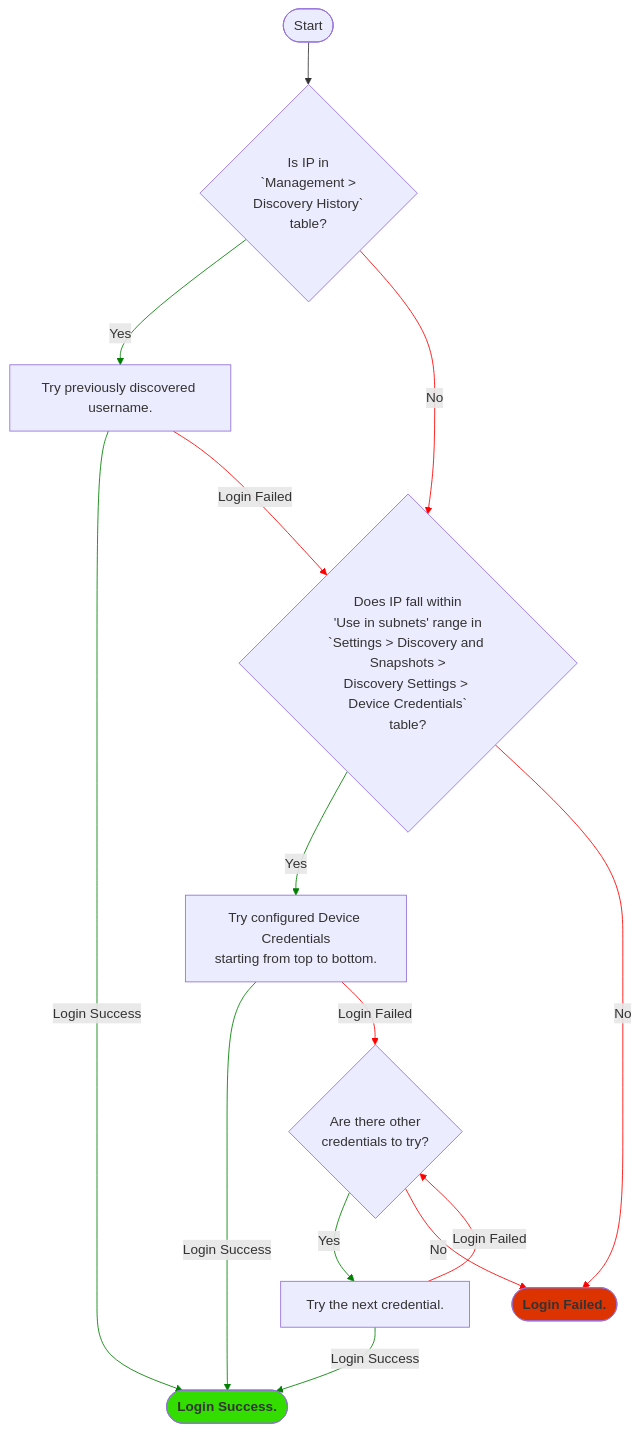
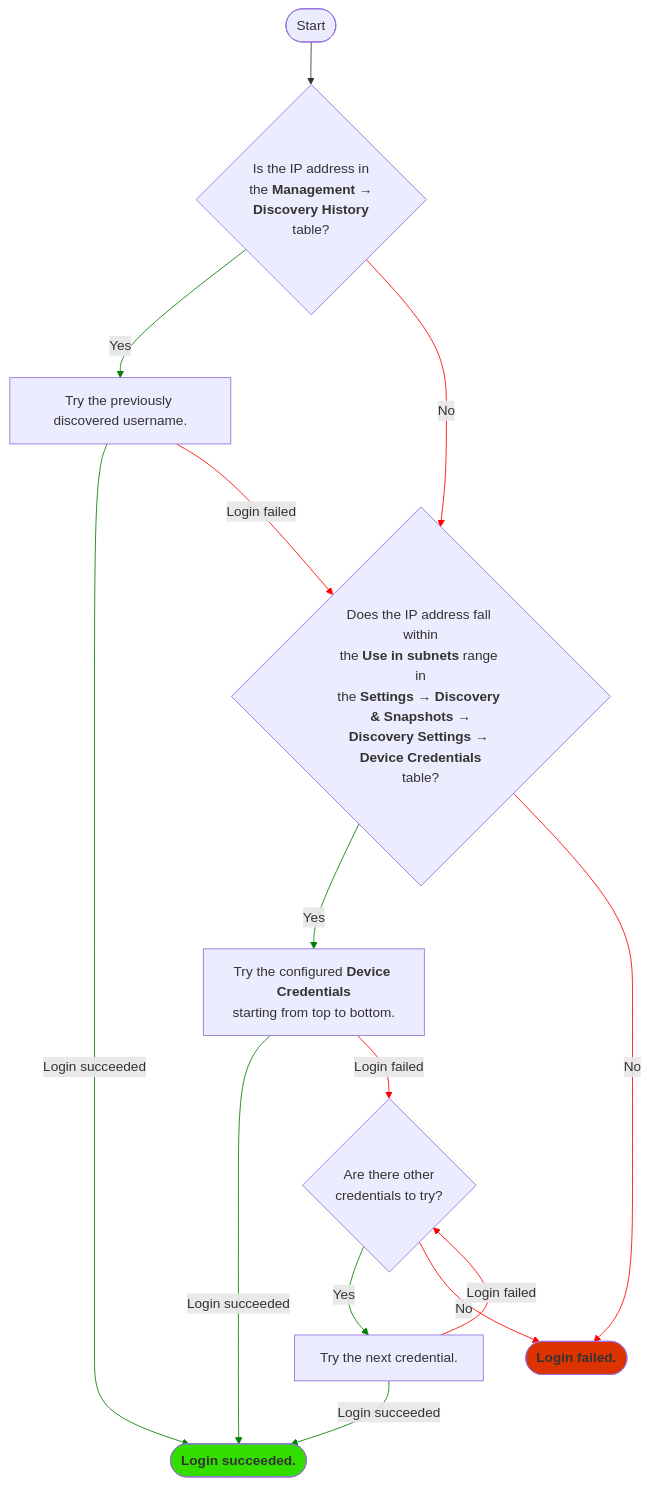
The diagram in docs/IP_Fabric_Settings/Discovery_and_Snapshots/Discovery_Settings/device_credentials.md (ipfabric/docs), drawn with Mermaid before and after one commit. The commit also changed other lines of this file and 6 other files, not shown here.

Commit message:
ST-285 Settings - Improve 'Configuration Management' and 6 pages of 'Discovery and Snapshots' with suggestions from chatbot

````diff
--- a/docs/IP_Fabric_Settings/Discovery_and_Snapshots/Discovery_Settings/device_credentials.md
+++ b/docs/IP_Fabric_Settings/Discovery_and_Snapshots/Discovery_Settings/device_credentials.md
@@ -18,21 +18,21 @@
 ```mermaid
 flowchart TD
-    A([Start]) --> discoveryHistory{Is IP in<br/>`Management ><br/>Discovery History`<br/>table?}
-    discoveryHistory --> |Yes|previousUsername[Try previously discovered username.]
-    discoveryHistory --> |No|configuredAuth{Does IP fall within<br/>'Use in subnets' range in<br/>`Settings > Discovery and Snapshots ><br/>Discovery Settings > Device Credentials`<br/>table?}
-    configuredAuth --> |Yes|tryAuth[Try configured Device Credentials<br/>starting from top to bottom.]
-    configuredAuth --> |No|loginFailed([<b>Login Failed.</b>])
-    tryAuth --> |Login Success|loginSuccess([<b>Login Success.</b>])
-    tryAuth --> |Login Failed|otherCreds{Are there other<br/>credentials to try?}
-    previousUsername --> |Login Success|loginSuccess
-    previousUsername --> |Login Failed|configuredAuth
+    A([Start]) --> discoveryHistory{Is the IP address in<br/>the <strong>Management →<br/>Discovery History</strong><br/>table?}
+    discoveryHistory --> |Yes|previousUsername[Try the previously discovered username.]
+    discoveryHistory --> |No|configuredAuth{Does the IP address fall within<br/>the <strong>Use in subnets</strong> range in<br/>the <strong>Settings → Discovery & Snapshots →<br/>Discovery Settings → Device Credentials</strong><br/>table?}
+    configuredAuth --> |Yes|tryAuth[Try the configured <strong>Device Credentials</strong><br/>starting from top to bottom.]
+    configuredAuth --> |No|loginFailed([<strong>Login failed.</strong>])
+    tryAuth --> |Login succeeded|loginSucceeded([<strong>Login succeeded.</strong>])
+    tryAuth --> |Login failed|otherCreds{Are there other<br/>credentials to try?}
+    previousUsername --> |Login succeeded|loginSucceeded
+    previousUsername --> |Login failed|configuredAuth
     otherCreds --> |Yes|tryNext[Try the next credential.]
     otherCreds --> |No|loginFailed
-    tryNext --> |Login Success|loginSuccess
-    tryNext --> |Login Failed|otherCreds
+    tryNext --> |Login succeeded|loginSucceeded
+    tryNext --> |Login failed|otherCreds
 
     style loginFailed fill:#dd3300
-    style loginSuccess fill:#33dd00
+    style loginSucceeded fill:#33dd00
     linkStyle 2,4,6,8,10,12 stroke:red;
     linkStyle 1,3,5,7,9,11 stroke:green;
 ```
````
